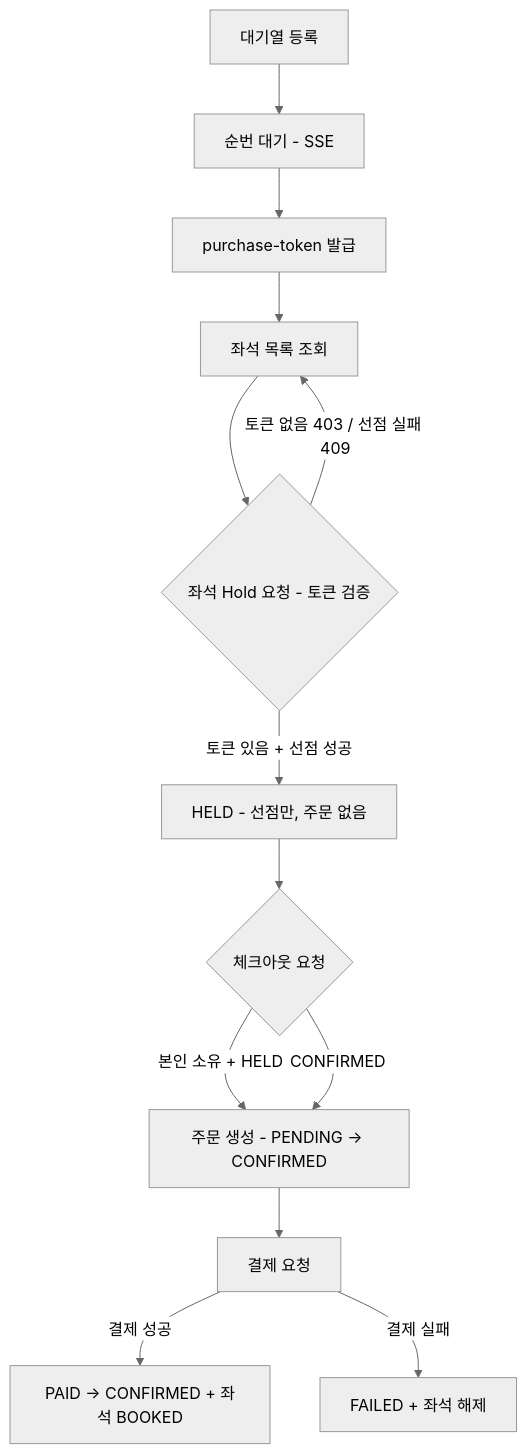
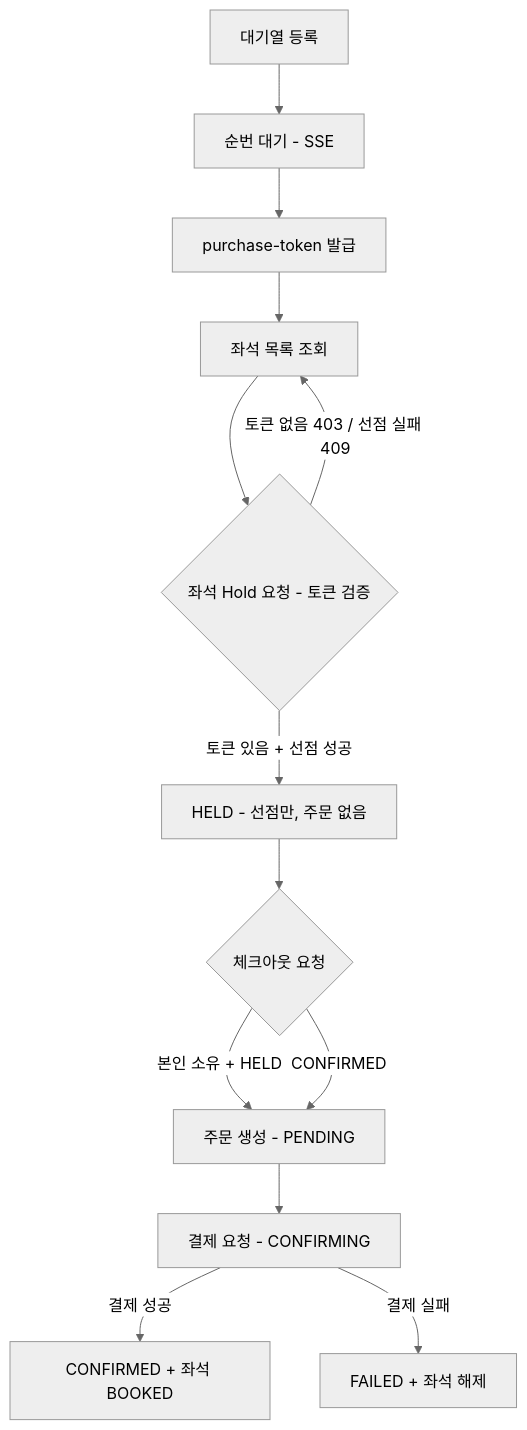
One commit to 6pm-sparta/6pm changed the third of 4 diagrams in docs/ticketing-service/README.md. Above: the diagram before and after it, drawn with Mermaid (neutral theme). The commit also changed other lines of this file, not shown here.

Commit message:
docs: ticketing-service README Order.status 값 실제 코드에 맞게 수정 (#343)
architecture.md와 동일하게 리팩토링 이전 상태값(PAYMENT_REQUESTED/PAID/COMPENSATING/REFUND_REQUESTED/REFUNDED)이 남아있어 실제 OrderStatus enum 기준으로 정리.

````diff
--- a/docs/ticketing-service/README.md
+++ b/docs/ticketing-service/README.md
@@ -128,24 +128,24 @@
 ```mermaid
 flowchart TD
     A[대기열 등록]
     B[순번 대기 - SSE]
     C[purchase-token 발급]
     E[좌석 목록 조회]
     F{좌석 Hold 요청 - 토큰 검증}
     G0[HELD - 선점만, 주문 없음]
     G1{체크아웃 요청}
-    G[주문 생성 - PENDING → CONFIRMED]
-    H[결제 요청]
-    I[PAID → CONFIRMED + 좌석 BOOKED]
+    G[주문 생성 - PENDING]
+    H[결제 요청 - CONFIRMING]
+    I[CONFIRMED + 좌석 BOOKED]
     J[FAILED + 좌석 해제]
 
     A --> B --> C --> E
     E --> F
     F -->|토큰 있음 + 선점 성공| G0
     F -->|토큰 없음 403 / 선점 실패 409| E
     G0 --> G1
     G1 -->|본인 소유 + HELD| G --> H
     G1 -->|CONFIRMED| G
     H -->|결제 성공| I
     H -->|결제 실패| J
 ```
````
